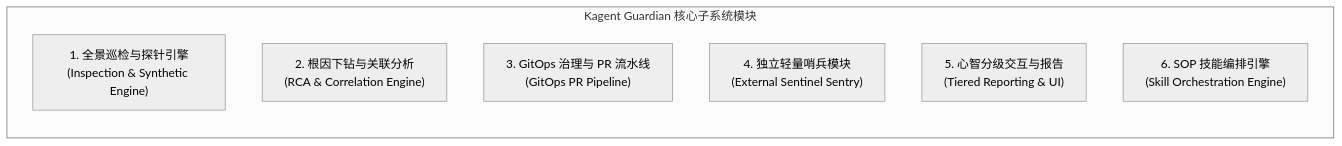
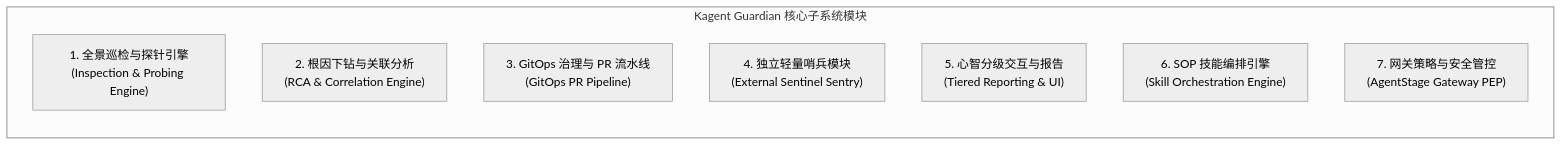
The third of 3 diagrams in docs/design/02-OPERATIONS_GUARDIAN_HIGH_LEVEL_DESIGN.md (SDB-DevOps/KagentGuardian), drawn with Mermaid (neutral theme) before and after one commit. The commit also changed other lines of this file and 2 other files, not shown here.

Commit message:
docs: update HLD and LLD to v2.0 incorporating AgentStage MCP Gateway, HITL governance, hybrid engine, and GitHub-centric operations

````diff
--- a/docs/design/02-OPERATIONS_GUARDIAN_HIGH_LEVEL_DESIGN.md
+++ b/docs/design/02-OPERATIONS_GUARDIAN_HIGH_LEVEL_DESIGN.md
@@ -96,11 +124,12 @@
 ```mermaid
 graph LR
     subgraph Modules["Kagent Guardian 核心子系统模块"]
-        M1["1. 全景巡检与探针引擎<br>(Inspection & Synthetic Engine)"]
+        M1["1. 全景巡检与探针引擎<br>(Inspection & Probing Engine)"]
         M2["2. 根因下钻与关联分析<br>(RCA & Correlation Engine)"]
         M3["3. GitOps 治理与 PR 流水线<br>(GitOps PR Pipeline)"]
         M4["4. 独立轻量哨兵模块<br>(External Sentinel Sentry)"]
         M5["5. 心智分级交互与报告<br>(Tiered Reporting & UI)"]
         M6["6. SOP 技能编排引擎<br>(Skill Orchestration Engine)"]
+        M7["7. 网关策略与安全管控<br>(AgentStage Gateway PEP)"]
     end
 ```
````
